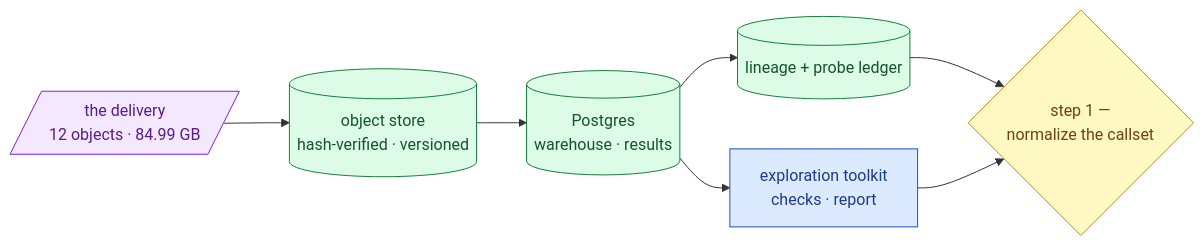
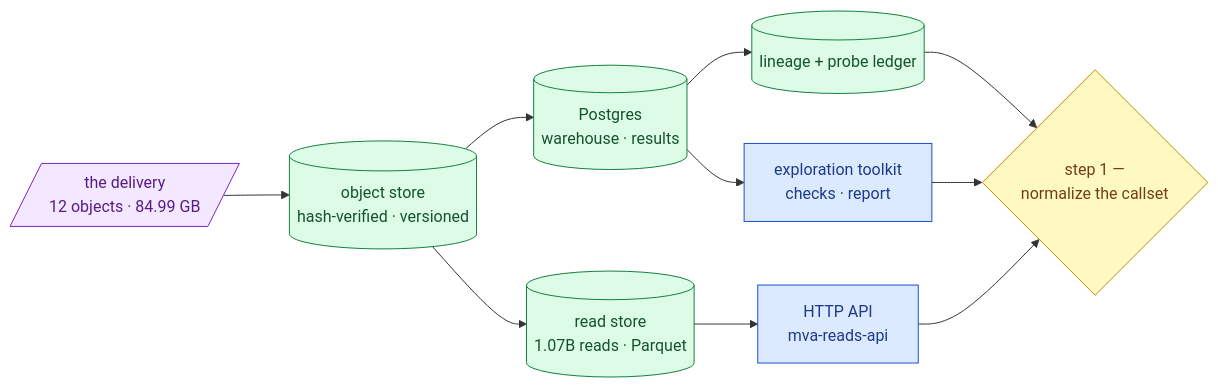
One commit to agharsallah/mva-hackathon changed the diagram in docs/step-0/README.md. Above: the diagram before and after it, drawn with Mermaid. The commit also changed other lines of this file and 1 other file, not shown here.

Commit message:
docs(reads): update methodology entries count and last checked date in README

````diff
--- a/docs/step-0/README.md
+++ b/docs/step-0/README.md
@@ -37,14 +22,17 @@
 ```mermaid
 flowchart LR
   D[/"the delivery<br/>12 objects · 84.99 GB"/]:::raw
   D --> S[("object store<br/>hash-verified · versioned")]:::good
   S --> W[("Postgres<br/>warehouse · results")]:::good
+  S --> R[("read store<br/>1.07B reads · Parquet")]:::good
+  R --> A["HTTP API<br/>mva-reads-api"]:::neutral
   W --> L[("lineage + probe ledger")]:::good
   W --> E["exploration toolkit<br/>checks · report"]:::neutral
   L --> NEXT{"step 1 —<br/>normalize the callset"}:::decide
   E --> NEXT
+  A --> NEXT
   classDef raw fill:#f3e8ff,stroke:#7e22ce,color:#581c87
   classDef good fill:#dcfce7,stroke:#15803d,color:#14532d
   classDef neutral fill:#dbeafe,stroke:#1d4ed8,color:#1e3a8a
   classDef decide fill:#fef9c3,stroke:#ca8a04,color:#713f12
 ```
````
